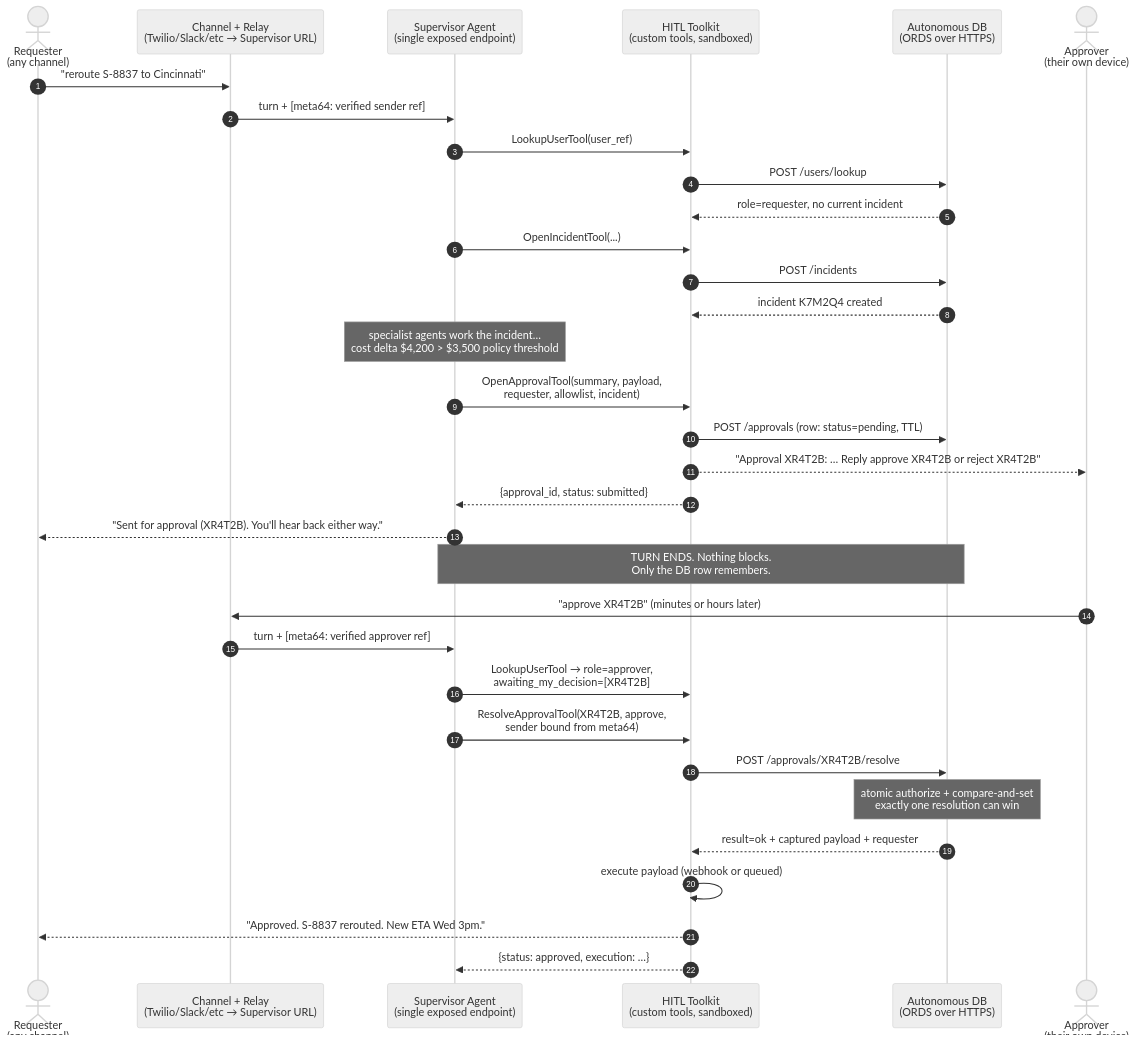
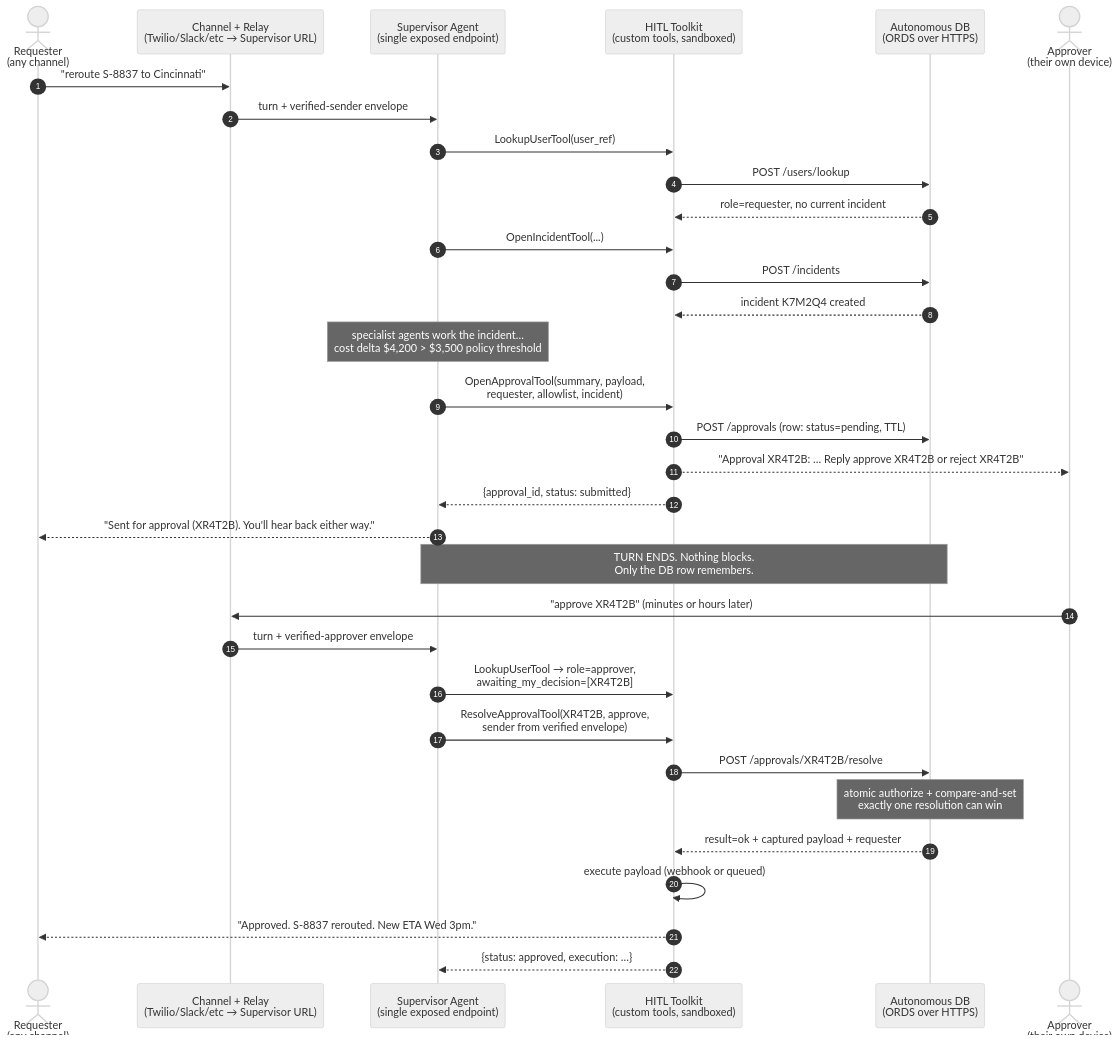
One commit to brentonmizell/aidp-custom-tools changed the first of 3 diagrams in CUSTOM_CODE_TOOLS/hitl_approval_tool/README.md. Above: the diagram before and after it, drawn with Mermaid (neutral theme). The commit also changed other lines of this file and 1 other file, not shown here.

First line of the commit message:
hitl: low-code canvas is the default wiring — topology diagram + min agents

````diff
--- a/CUSTOM_CODE_TOOLS/hitl_approval_tool/README.md
+++ b/CUSTOM_CODE_TOOLS/hitl_approval_tool/README.md
@@ -29,37 +29,37 @@
 ```mermaid
 sequenceDiagram
     autonumber
     actor R as Requester<br/>(any channel)
     participant CH as Channel + Relay<br/>(Twilio/Slack/etc → Supervisor URL)
     participant SUP as Supervisor Agent<br/>(single exposed endpoint)
     participant T as HITL Toolkit<br/>(custom tools, sandboxed)
     participant DB as Autonomous DB<br/>(ORDS over HTTPS)
     actor A as Approver<br/>(their own device)
 
     R->>CH: "reroute S-8837 to Cincinnati"
-    CH->>SUP: turn + [meta64: verified sender ref]
+    CH->>SUP: turn + verified-sender envelope
     SUP->>T: LookupUserTool(user_ref)
     T->>DB: POST /users/lookup
     DB-->>T: role=requester, no current incident
     SUP->>T: OpenIncidentTool(...)
     T->>DB: POST /incidents
     DB-->>T: incident K7M2Q4 created
     Note over SUP: specialist agents work the incident…<br/>cost delta $4,200 > $3,500 policy threshold
     SUP->>T: OpenApprovalTool(summary, payload,<br/>requester, allowlist, incident)
     T->>DB: POST /approvals (row: status=pending, TTL)
     T-->>A: "Approval XR4T2B: … Reply approve XR4T2B or reject XR4T2B"
     T-->>SUP: {approval_id, status: submitted}
     SUP-->>R: "Sent for approval (XR4T2B). You'll hear back either way."
     Note over SUP,DB: TURN ENDS. Nothing blocks.<br/>Only the DB row remembers.
 
     A->>CH: "approve XR4T2B"   (minutes or hours later)
-    CH->>SUP: turn + [meta64: verified approver ref]
+    CH->>SUP: turn + verified-approver envelope
     SUP->>T: LookupUserTool → role=approver,<br/>awaiting_my_decision=[XR4T2B]
-    SUP->>T: ResolveApprovalTool(XR4T2B, approve,<br/>sender bound from meta64)
+    SUP->>T: ResolveApprovalTool(XR4T2B, approve,<br/>sender from verified envelope)
     T->>DB: POST /approvals/XR4T2B/resolve
     Note over DB: atomic authorize + compare-and-set<br/>exactly one resolution can win
     DB-->>T: result=ok + captured payload + requester
     T->>T: execute payload (webhook or queued)
     T-->>R: "Approved. S-8837 rerouted. New ETA Wed 3pm."
     T-->>SUP: {status: approved, execution: …}
 ```
````
